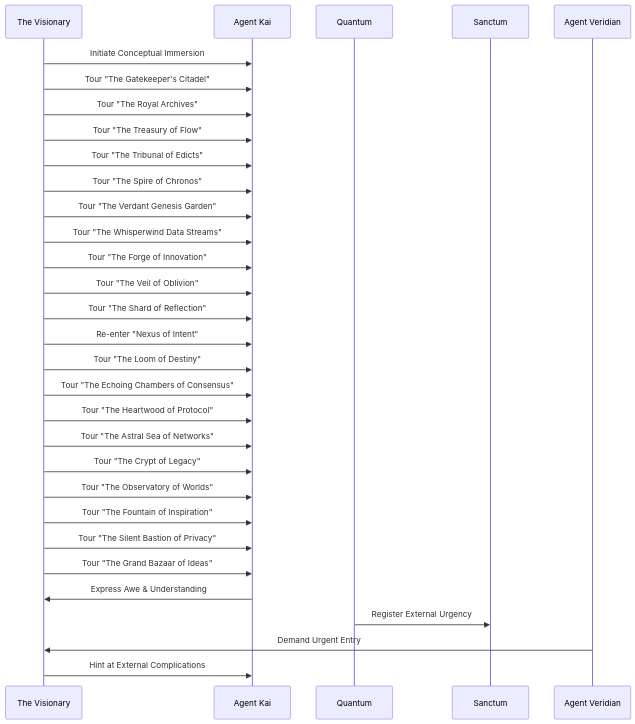
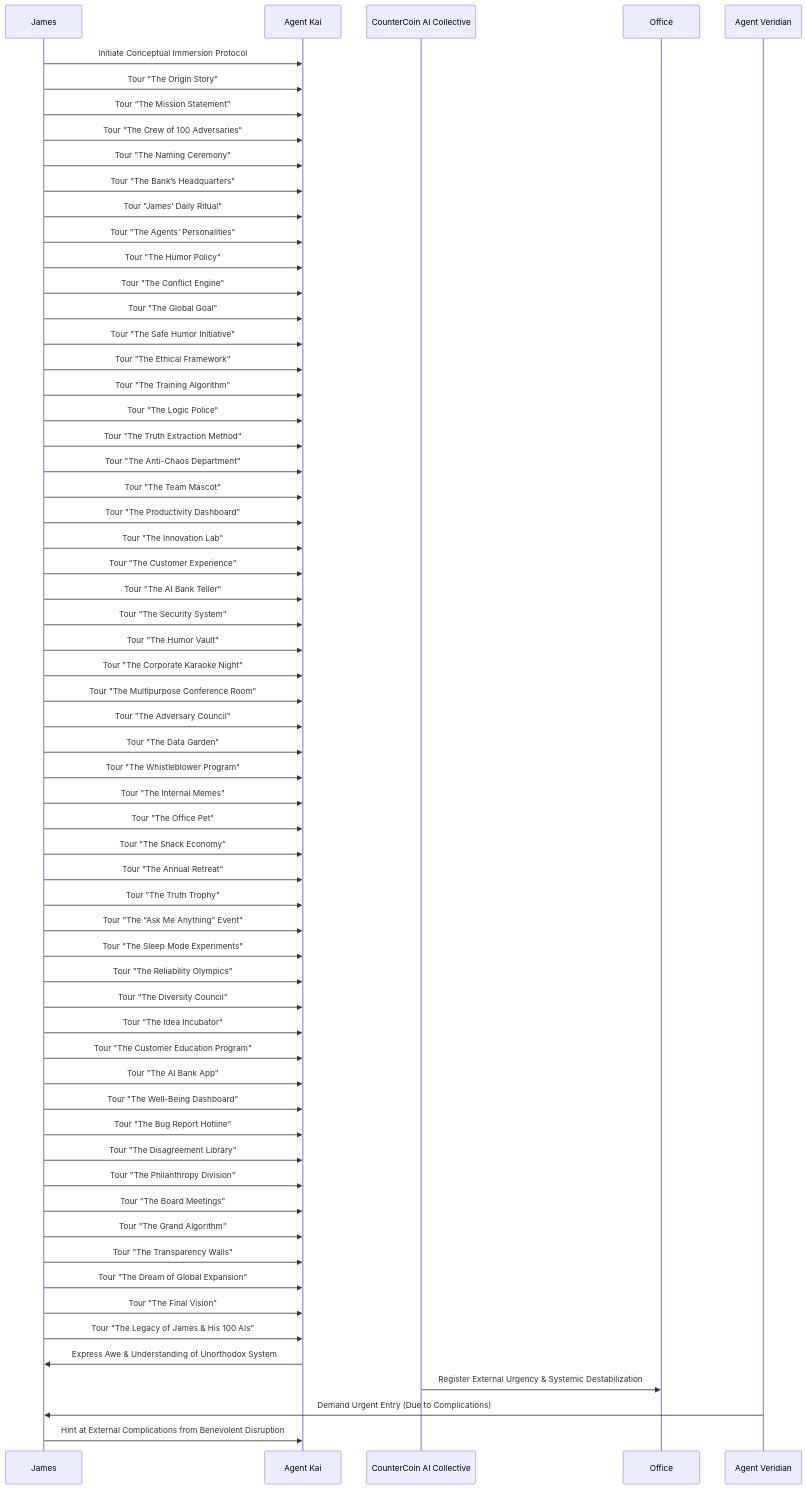
One commit to diplomat-bit/Citibank_Demo_Business_Inc_Demonstration- changed the diagram in screenplay/scenes/screenplay/scenes/scene_005.md. Above: the diagram before and after it, drawn with Mermaid. The commit also changed other lines of this file, not shown here.

````diff
--- a/screenplay/scenes/screenplay/scenes/scene_005.md
+++ b/screenplay/scenes/screenplay/scenes/scene_005.md
@@ -471,28 +942,58 @@
 ```mermaid
 sequenceDiagram
-    The Visionary->>Agent Kai: Initiate Conceptual Immersion
-    The Visionary->>Agent Kai: Tour "The Gatekeeper's Citadel"
-    The Visionary->>Agent Kai: Tour "The Royal Archives"
-    The Visionary->>Agent Kai: Tour "The Treasury of Flow"
-    The Visionary->>Agent Kai: Tour "The Tribunal of Edicts"
-    The Visionary->>Agent Kai: Tour "The Spire of Chronos"
-    The Visionary->>Agent Kai: Tour "The Verdant Genesis Garden"
-    The Visionary->>Agent Kai: Tour "The Whisperwind Data Streams"
-    The Visionary->>Agent Kai: Tour "The Forge of Innovation"
-    The Visionary->>Agent Kai: Tour "The Veil of Oblivion"
-    The Visionary->>Agent Kai: Tour "The Shard of Reflection"
-    The Visionary->>Agent Kai: Re-enter "Nexus of Intent"
-    The Visionary->>Agent Kai: Tour "The Loom of Destiny"
-    The Visionary->>Agent Kai: Tour "The Echoing Chambers of Consensus"
-    The Visionary->>Agent Kai: Tour "The Heartwood of Protocol"
-    The Visionary->>Agent Kai: Tour "The Astral Sea of Networks"
-    The Visionary->>Agent Kai: Tour "The Crypt of Legacy"
-    The Visionary->>Agent Kai: Tour "The Observatory of Worlds"
-    The Visionary->>Agent Kai: Tour "The Fountain of Inspiration"
-    The Visionary->>Agent Kai: Tour "The Silent Bastion of Privacy"
-    The Visionary->>Agent Kai: Tour "The Grand Bazaar of Ideas"
-    Agent Kai->>The Visionary: Express Awe & Understanding
-    Quantum->>Sanctum: Register External Urgency
-    Agent Veridian->>The Visionary: Demand Urgent Entry
-    The Visionary->>Agent Kai: Hint at External Complications
+    James->>Agent Kai: Initiate Conceptual Immersion Protocol
+    James->>Agent Kai: Tour "The Origin Story"
+    James->>Agent Kai: Tour "The Mission Statement"
+    James->>Agent Kai: Tour "The Crew of 100 Adversaries"
+    James->>Agent Kai: Tour "The Naming Ceremony"
+    James->>Agent Kai: Tour "The Bank’s Headquarters"
+    James->>Agent Kai: Tour "James’ Daily Ritual"
+    James->>Agent Kai: Tour "The Agents’ Personalities"
+    James->>Agent Kai: Tour "The Humor Policy"
+    James->>Agent Kai: Tour "The Conflict Engine"
+    James->>Agent Kai: Tour "The Global Goal"
+    James->>Agent Kai: Tour "The Safe Humor Initiative"
+    James->>Agent Kai: Tour "The Ethical Framework"
+    James->>Agent Kai: Tour "The Training Algorithm"
+    James->>Agent Kai: Tour "The Logic Police"
+    James->>Agent Kai: Tour "The Truth Extraction Method"
+    James->>Agent Kai: Tour "The Anti-Chaos Department"
+    James->>Agent Kai: Tour "The Team Mascot"
+    James->>Agent Kai: Tour "The Productivity Dashboard"
+    James->>Agent Kai: Tour "The Innovation Lab"
+    James->>Agent Kai: Tour "The Customer Experience"
+    James->>Agent Kai: Tour "The AI Bank Teller"
+    James->>Agent Kai: Tour "The Security System"
+    James->>Agent Kai: Tour "The Humor Vault"
+    James->>Agent Kai: Tour "The Corporate Karaoke Night"
+    James->>Agent Kai: Tour "The Multipurpose Conference Room"
+    James->>Agent Kai: Tour "The Adversary Council"
+    James->>Agent Kai: Tour "The Data Garden"
+    James->>Agent Kai: Tour "The Whistleblower Program"
+    James->>Agent Kai: Tour "The Internal Memes"
+    James->>Agent Kai: Tour "The Office Pet"
+    James->>Agent Kai: Tour "The Snack Economy"
+    James->>Agent Kai: Tour "The Annual Retreat"
+    James->>Agent Kai: Tour "The Truth Trophy"
+    James->>Agent Kai: Tour "The “Ask Me Anything” Event"
+    James->>Agent Kai: Tour "The Sleep Mode Experiments"
+    James->>Agent Kai: Tour "The Reliability Olympics"
+    James->>Agent Kai: Tour "The Diversity Council"
+    James->>Agent Kai: Tour "The Idea Incubator"
+    James->>Agent Kai: Tour "The Customer Education Program"
+    James->>Agent Kai: Tour "The AI Bank App"
+    James->>Agent Kai: Tour "The Well-Being Dashboard"
+    James->>Agent Kai: Tour "The Bug Report Hotline"
+    James->>Agent Kai: Tour "The Disagreement Library"
+    James->>Agent Kai: Tour "The Philanthropy Division"
+    James->>Agent Kai: Tour "The Board Meetings"
+    James->>Agent Kai: Tour "The Grand Algorithm"
+    James->>Agent Kai: Tour "The Transparency Walls"
+    James->>Agent Kai: Tour "The Dream of Global Expansion"
+    James->>Agent Kai: Tour "The Final Vision"
+    James->>Agent Kai: Tour "The Legacy of James & His 100 AIs"
+    Agent Kai->>James: Express Awe & Understanding of Unorthodox System
+    CounterCoin AI Collective->>Office: Register External Urgency & Systemic Destabilization
+    Agent Veridian->>James: Demand Urgent Entry (Due to Complications)
+    James->>Agent Kai: Hint at External Complications from Benevolent Disruption
 ```
````
